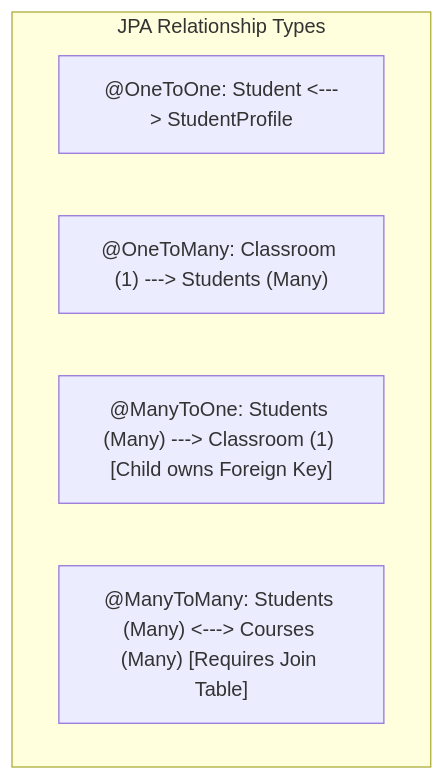
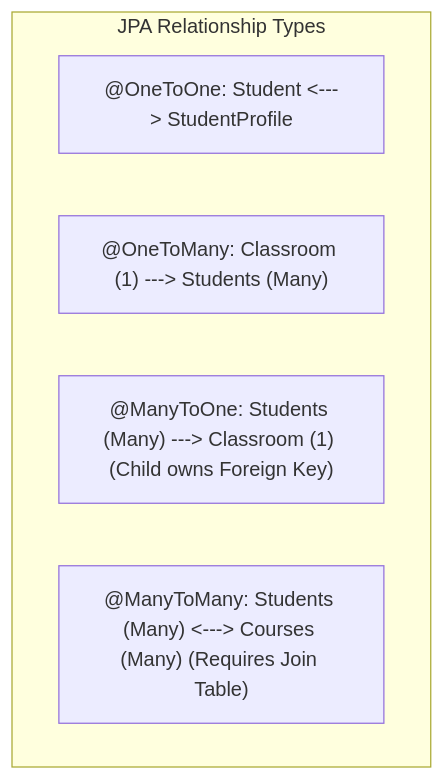
One commit to rohithgowda18/Notes changed the seventh of 13 diagrams in 06-Java-and-Spring-Boot/03-Data-Persistence-Spring-Data-JPA.md. Above: the diagram before and after it, drawn with Mermaid. The commit also changed other lines of this file and 7 other files, not shown here.

Commit message:
fix: code typography consistency and mermaid diagram syntax

````diff
--- a/06-Java-and-Spring-Boot/03-Data-Persistence-Spring-Data-JPA.md
+++ b/06-Java-and-Spring-Boot/03-Data-Persistence-Spring-Data-JPA.md
@@ -384,9 +377,9 @@
 ```mermaid
 flowchart TD
     subgraph Relationships ["JPA Relationship Types"]
         O2O["@OneToOne: Student <---> StudentProfile"]
         O2M["@OneToMany: Classroom (1) ---> Students (Many)"]
-        M2O["@ManyToOne: Students (Many) ---> Classroom (1) [Child owns Foreign Key]"]
-        M2M["@ManyToMany: Students (Many) <---> Courses (Many) [Requires Join Table]"]
+        M2O["@ManyToOne: Students (Many) ---> Classroom (1) (Child owns Foreign Key)"]
+        M2M["@ManyToMany: Students (Many) <---> Courses (Many) (Requires Join Table)"]
     end
 ```
````
